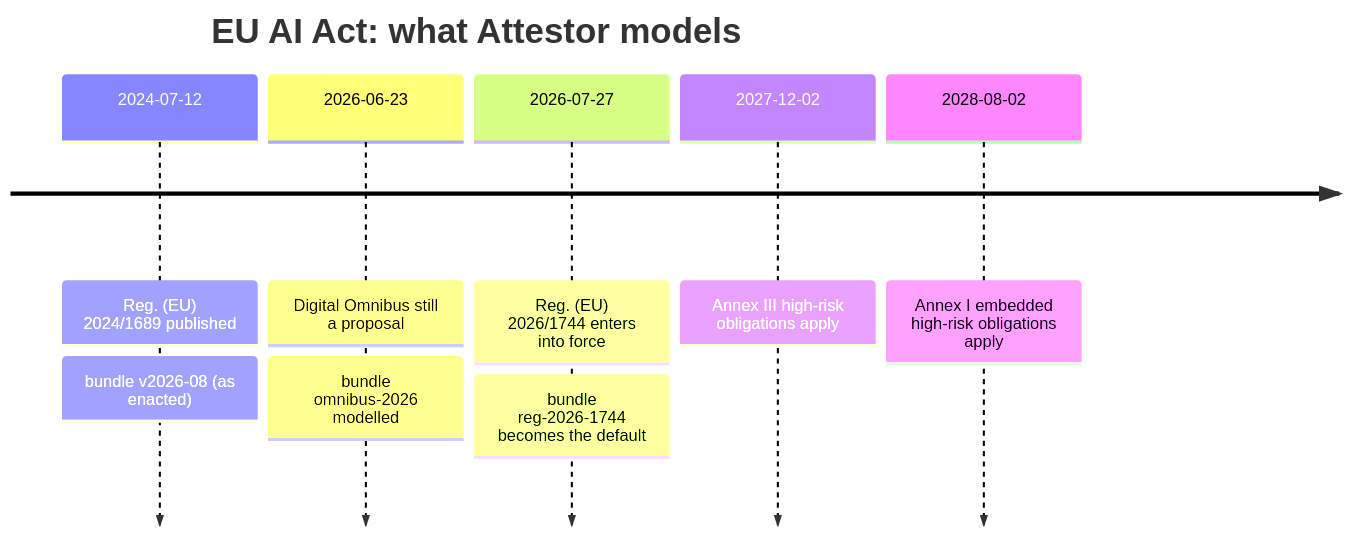
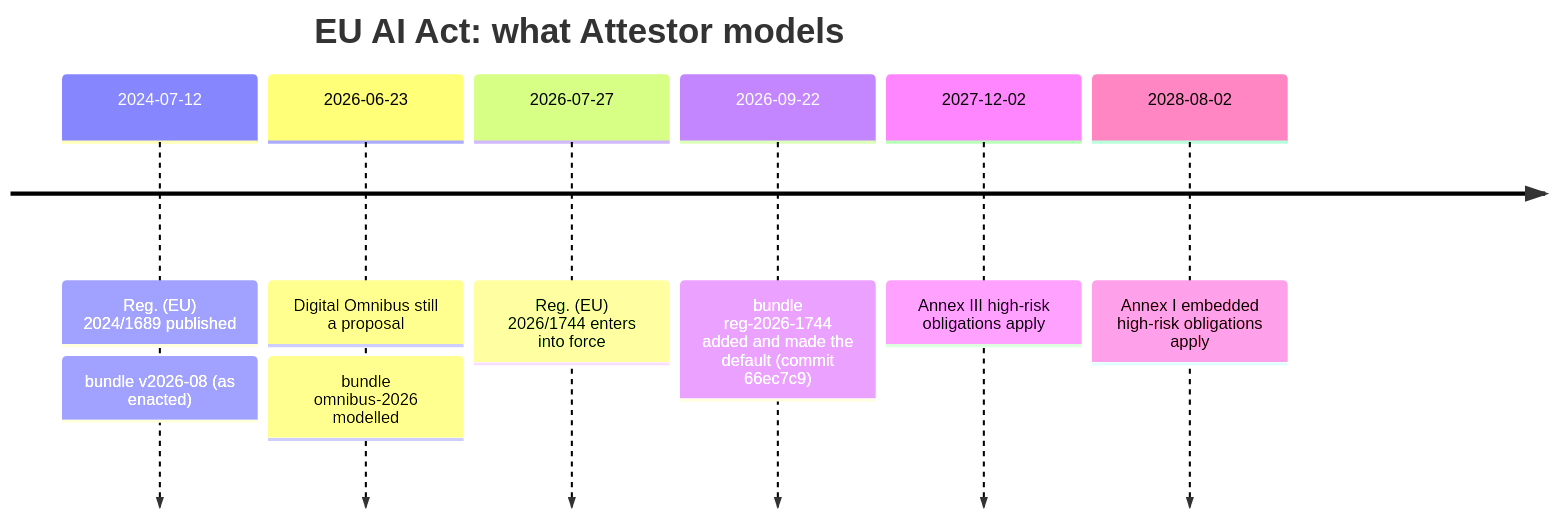
Before and after one commit to marcosmatalab/attestor: the fourth of 4 diagrams in README.md, drawn with Mermaid. The commit also changed other lines of this file and 7 other files, not shown here.

````diff
--- a/README.md
+++ b/README.md
@@ -289,9 +289,10 @@
 ```mermaid
 timeline
     title EU AI Act: what Attestor models
     2024-07-12 : Reg. (EU) 2024/1689 published : bundle v2026-08 (as enacted)
     2026-06-23 : Digital Omnibus still a proposal : bundle omnibus-2026 modelled
-    2026-07-27 : Reg. (EU) 2026/1744 enters into force : bundle reg-2026-1744 becomes the default
+    2026-07-27 : Reg. (EU) 2026/1744 enters into force
+    2026-09-22 : bundle reg-2026-1744 added and made the default (commit 66ec7c9)
     2027-12-02 : Annex III high-risk obligations apply
     2028-08-02 : Annex I embedded high-risk obligations apply
 ```
````
